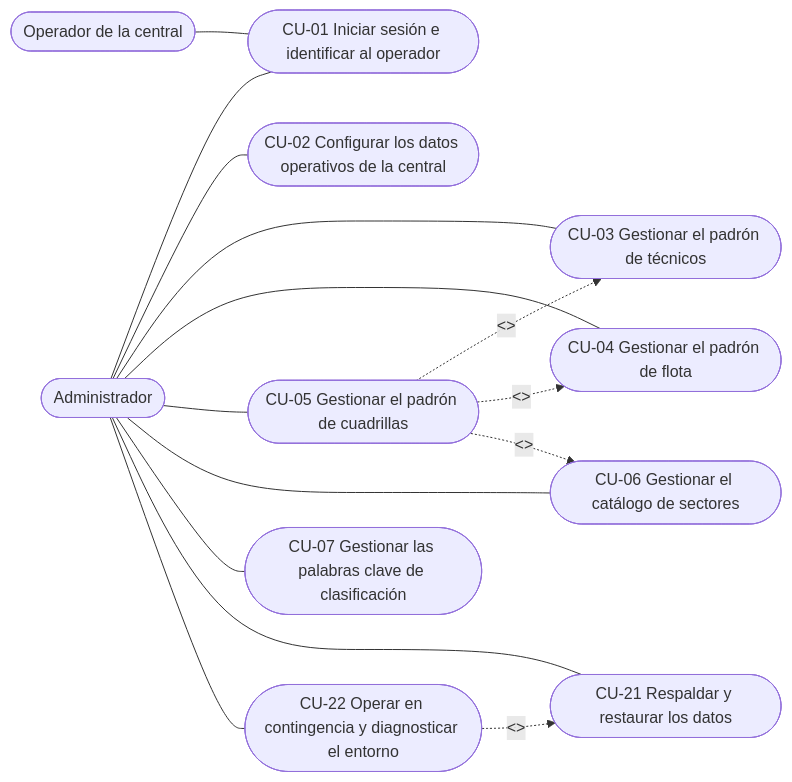
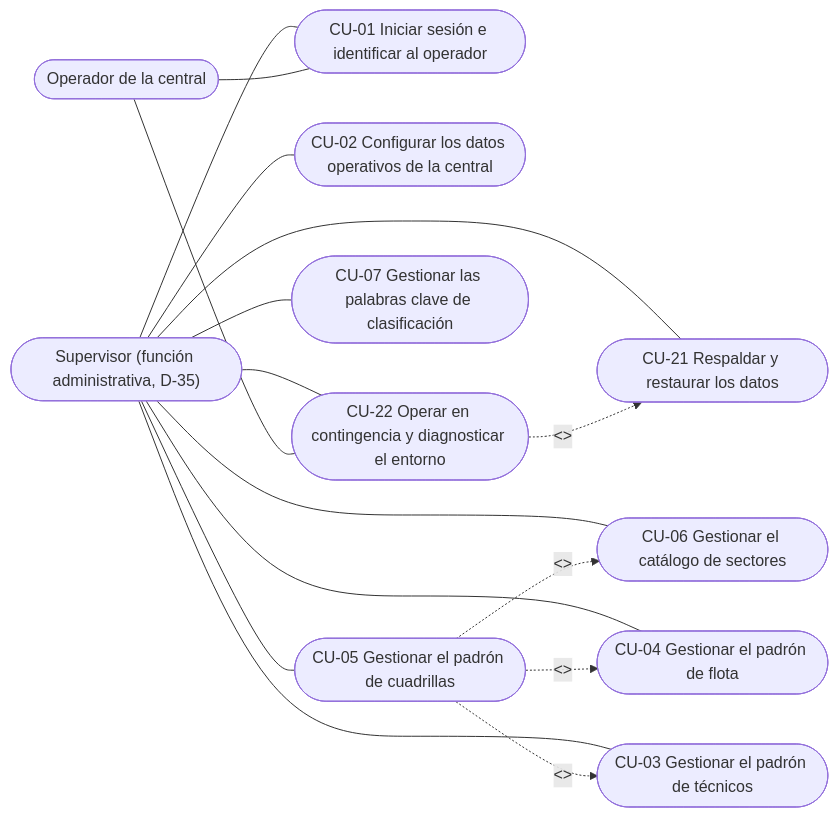
The fourth of 8 diagrams in RepoTecnico/casos_uso/diagramas.md (anlucorporations/GGTO), drawn with Mermaid before and after one commit. The commit also changed other lines of this file and 3 other files, not shown here.

````diff
--- a/RepoTecnico/casos_uso/diagramas.md
+++ b/RepoTecnico/casos_uso/diagramas.md
@@ -201,31 +210,32 @@
 ```mermaid
 flowchart LR
-    ADM(["Administrador"])
+    SUP(["Supervisor (función administrativa, D-35)"])
     OPE(["Operador de la central"])
 
     CU01([CU-01 Iniciar sesión e identificar al operador])
     CU02([CU-02 Configurar los datos operativos de la central])
     CU03([CU-03 Gestionar el padrón de técnicos])
     CU04([CU-04 Gestionar el padrón de flota])
     CU05([CU-05 Gestionar el padrón de cuadrillas])
     CU06([CU-06 Gestionar el catálogo de sectores])
     CU07([CU-07 Gestionar las palabras clave de clasificación])
     CU21([CU-21 Respaldar y restaurar los datos])
     CU22([CU-22 Operar en contingencia y diagnosticar el entorno])
 
-    ADM --- CU01
-    ADM --- CU02
-    ADM --- CU03
-    ADM --- CU04
-    ADM --- CU05
-    ADM --- CU06
-    ADM --- CU07
-    ADM --- CU21
-    ADM --- CU22
+    SUP --- CU01
+    SUP --- CU02
+    SUP --- CU03
+    SUP --- CU04
+    SUP --- CU05
+    SUP --- CU06
+    SUP --- CU07
+    SUP --- CU21
+    SUP --- CU22
     OPE --- CU01
+    OPE --- CU22
 
     CU05 -.->|"<<include>>"| CU03
     CU05 -.->|"<<include>>"| CU04
     CU05 -.->|"<<include>>"| CU06
     CU22 -.->|"<<include>>"| CU21
 ```
````
